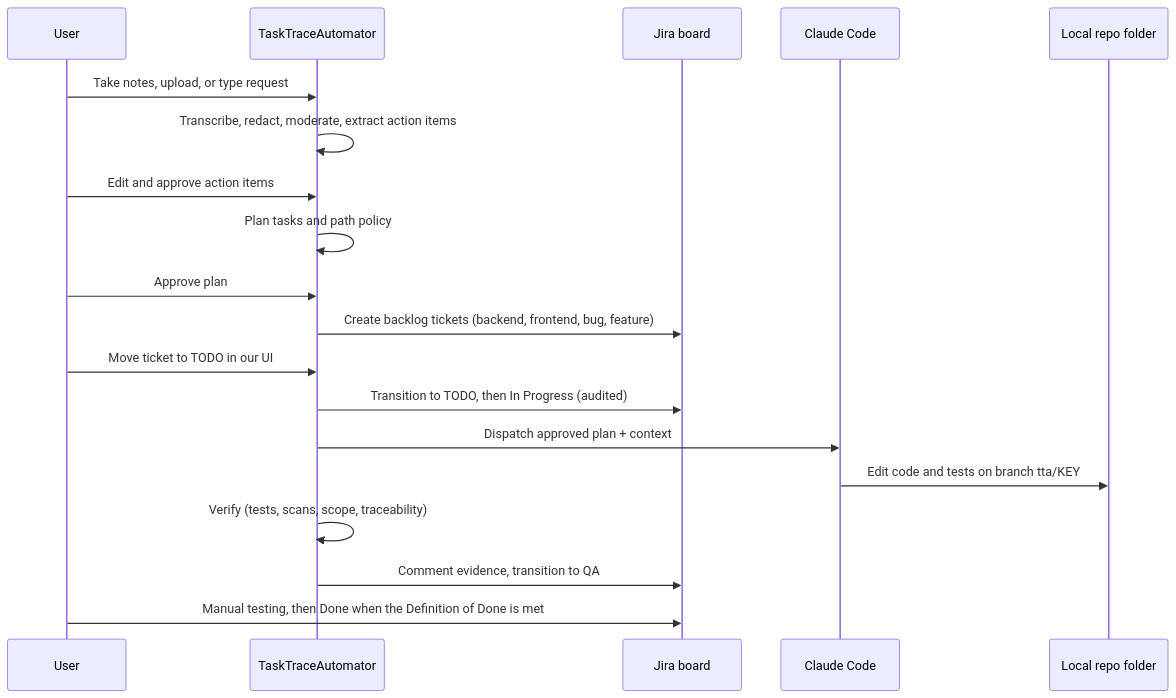
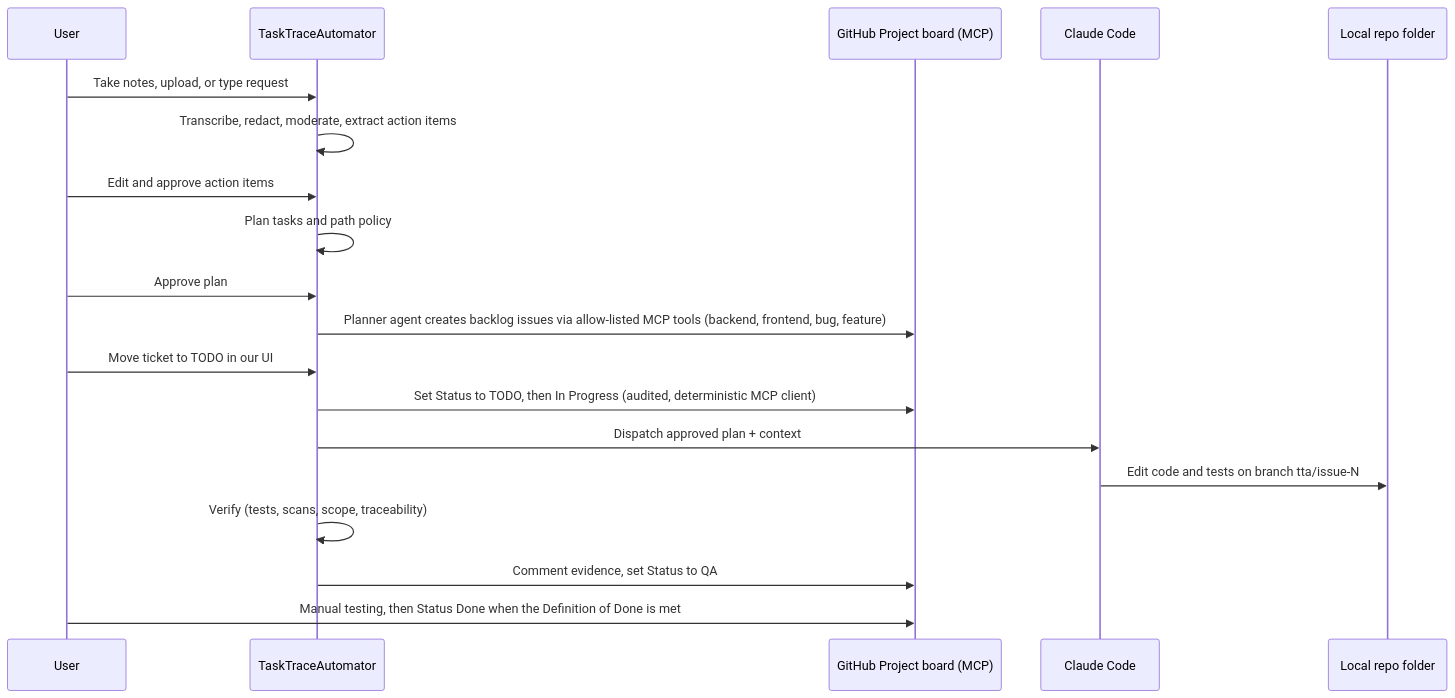
Before and after one commit to yasmin-poc-works/tasktraceautomator: the second of 2 diagrams in docs/architecture/task_trace_automator_hld.md, drawn with Mermaid. The commit also changed other lines of this file and 13 other files, not shown here.

Commit message:
Updated the architecture.

````diff
--- a/docs/architecture/task_trace_automator_hld.md
+++ b/docs/architecture/task_trace_automator_hld.md
@@ -95,22 +95,22 @@
 ```mermaid
 sequenceDiagram
     participant U as User
     participant T as TaskTraceAutomator
-    participant J as Jira board
+    participant J as GitHub Project board (MCP)
     participant C as Claude Code
     participant R as Local repo folder
 
     U->>T: Take notes, upload, or type request
     T->>T: Transcribe, redact, moderate, extract action items
     U->>T: Edit and approve action items
     T->>T: Plan tasks and path policy
     U->>T: Approve plan
-    T->>J: Create backlog tickets (backend, frontend, bug, feature)
+    T->>J: Planner agent creates backlog issues via allow-listed MCP tools (backend, frontend, bug, feature)
     U->>T: Move ticket to TODO in our UI
-    T->>J: Transition to TODO, then In Progress (audited)
+    T->>J: Set Status to TODO, then In Progress (audited, deterministic MCP client)
     T->>C: Dispatch approved plan + context
-    C->>R: Edit code and tests on branch tta/KEY
+    C->>R: Edit code and tests on branch tta/issue-N
     T->>T: Verify (tests, scans, scope, traceability)
-    T->>J: Comment evidence, transition to QA
-    U->>J: Manual testing, then Done when the Definition of Done is met
+    T->>J: Comment evidence, set Status to QA
+    U->>J: Manual testing, then Status Done when the Definition of Done is met
 ```
````
